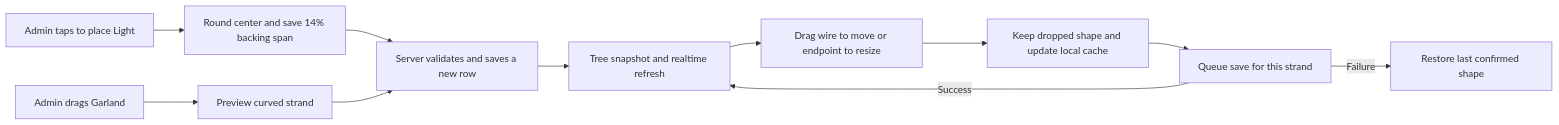
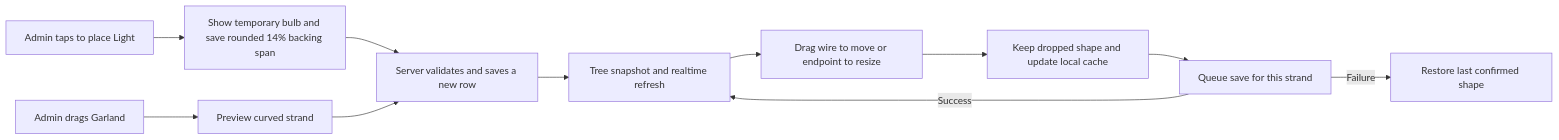
One commit to may24fc/sn-connect-app changed the third of 4 diagrams in docs/features/christmas-tree/optimization.md. Above: the diagram before and after it, drawn with Mermaid. The commit also changed other lines of this file and 5 other files, not shown here.

Commit message:
fix(christmas-tree): show light changes immediately

````diff
--- a/docs/features/christmas-tree/optimization.md
+++ b/docs/features/christmas-tree/optimization.md
@@ -167,13 +198,13 @@
 ```mermaid
 flowchart LR
     A[Admin drags Garland] --> B[Preview curved strand]
-    A2[Admin taps to place Light] --> B2[Round center and save 14% backing span]
+    A2[Admin taps to place Light] --> B2[Show temporary bulb and save rounded 14% backing span]
     B2 --> C[Server validates and saves a new row]
     B --> C
     C --> D[Tree snapshot and realtime refresh]
     D --> E[Drag wire to move or endpoint to resize]
     E --> F[Keep dropped shape and update local cache]
     F --> G[Queue save for this strand]
     G -->|Success| D
     G -->|Failure| H[Restore last confirmed shape]
 ```
````
